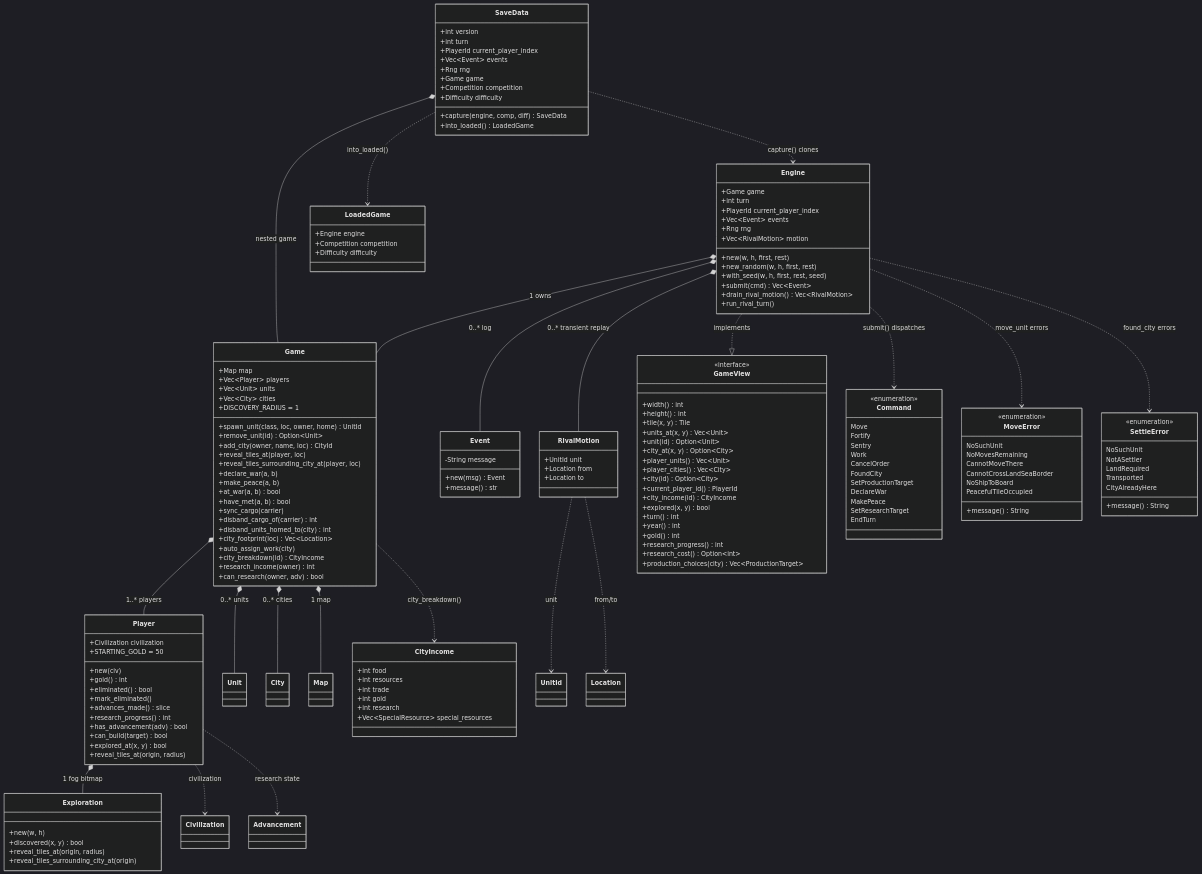
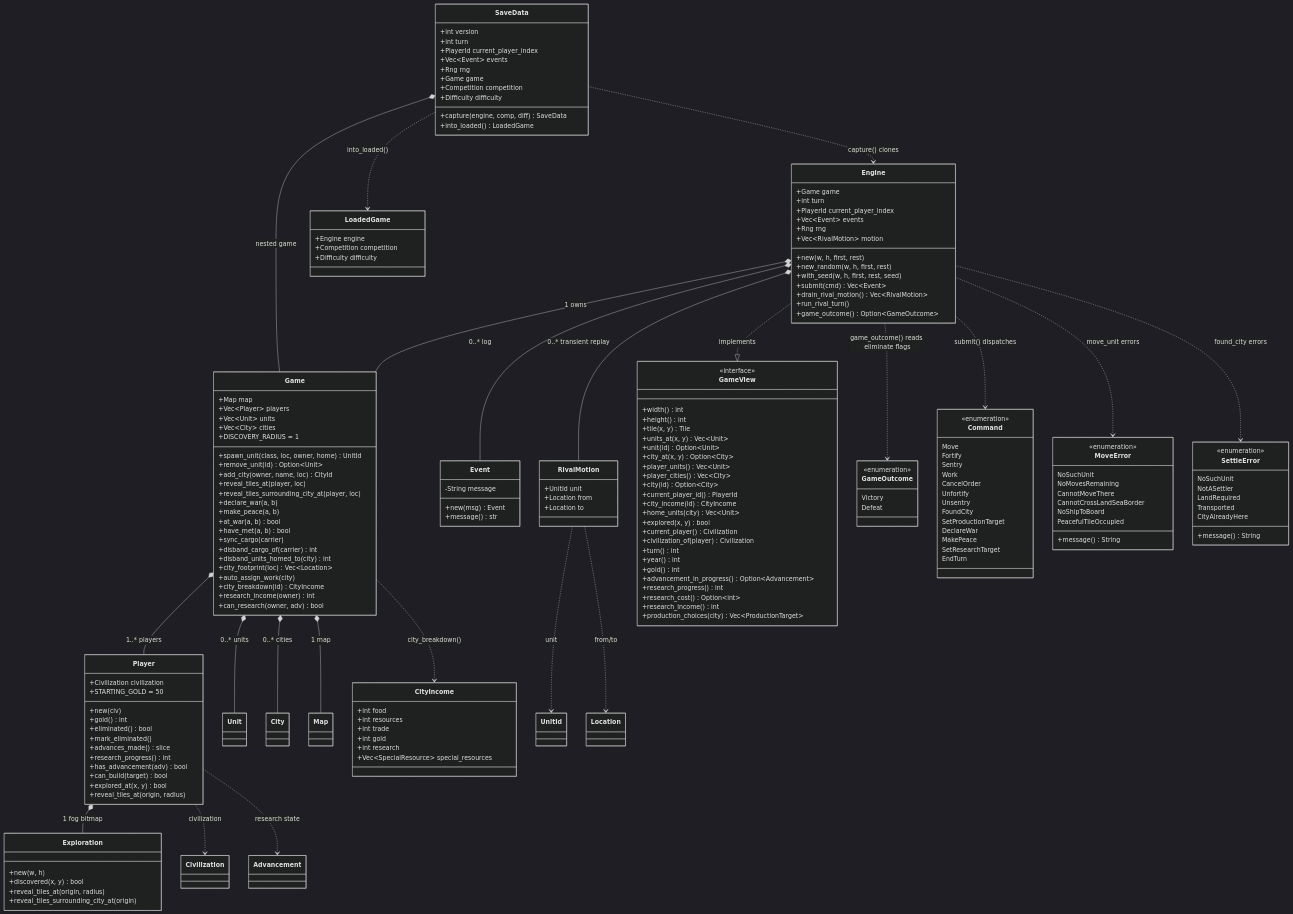
One commit to natritmeyer/civterm changed the diagram in docs/uml/03-engine-structure.md. Above: the diagram before and after it, drawn with Mermaid (dark theme). The commit also changed other lines of this file and 11 other files, not shown here.

```diff
--- a/docs/uml/03-engine-structure.md
+++ b/docs/uml/03-engine-structure.md
@@ -21,6 +22,7 @@
         +submit(cmd) Vec~Event~
         +drain_rival_motion() Vec~RivalMotion~
         +run_rival_turn()
+        +game_outcome() Option~GameOutcome~
     }
     class Game {
         +Map map
@@ -67,6 +69,8 @@
         Sentry
         Work
         CancelOrder
+        Unfortify
+        Unsentry
         FoundCity
         SetProductionTarget
         DeclareWar
@@ -92,12 +96,17 @@
         +city(id) Option~City~
         +current_player_id() PlayerId
         +city_income(id) CityIncome
+        +home_units(city) Vec~Unit~
         +explored(x, y) bool
+        +current_player() Civilization
+        +civilization_of(player) Civilization
         +turn() int
         +year() int
         +gold() int
+        +advancement_in_progress() Option~Advancement~
         +research_progress() int
         +research_cost() Option~int~
+        +research_income() int
         +production_choices(city) Vec~ProductionTarget~
     }
     class CityIncome {
@@ -107,6 +116,11 @@
         +int gold
         +int research
         +Vec~SpecialResource~ special_resources
+    }
+    class GameOutcome {
+        <<enumeration>>
+        Victory
+        Defeat
     }
     class RivalMotion {
         +UnitId unit
@@ -165,6 +179,7 @@
     Game *-- City : 0..* cities
     Game *-- Map : 1 map
     Game ..> CityIncome : city_breakdown()
+    Engine ..> GameOutcome : game_outcome() reads eliminate flags
     Player *-- Exploration : 1 fog bitmap
     Player ..> Civilization : civilization
     Player ..> Advancement : research state
```
